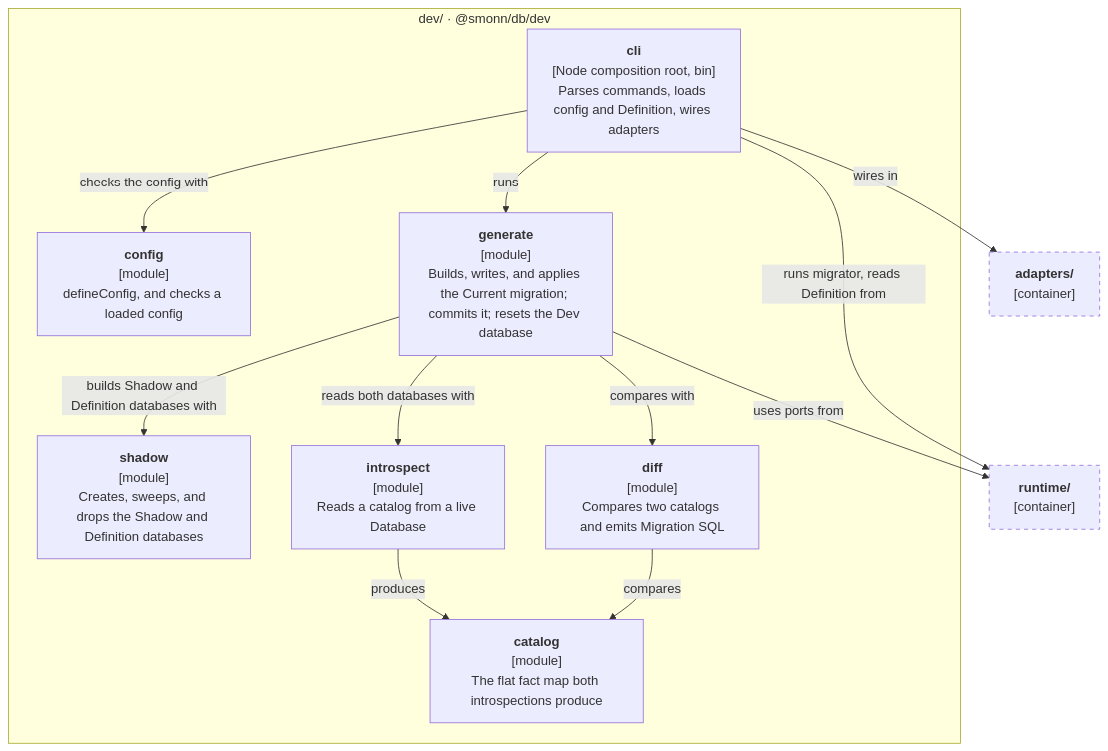
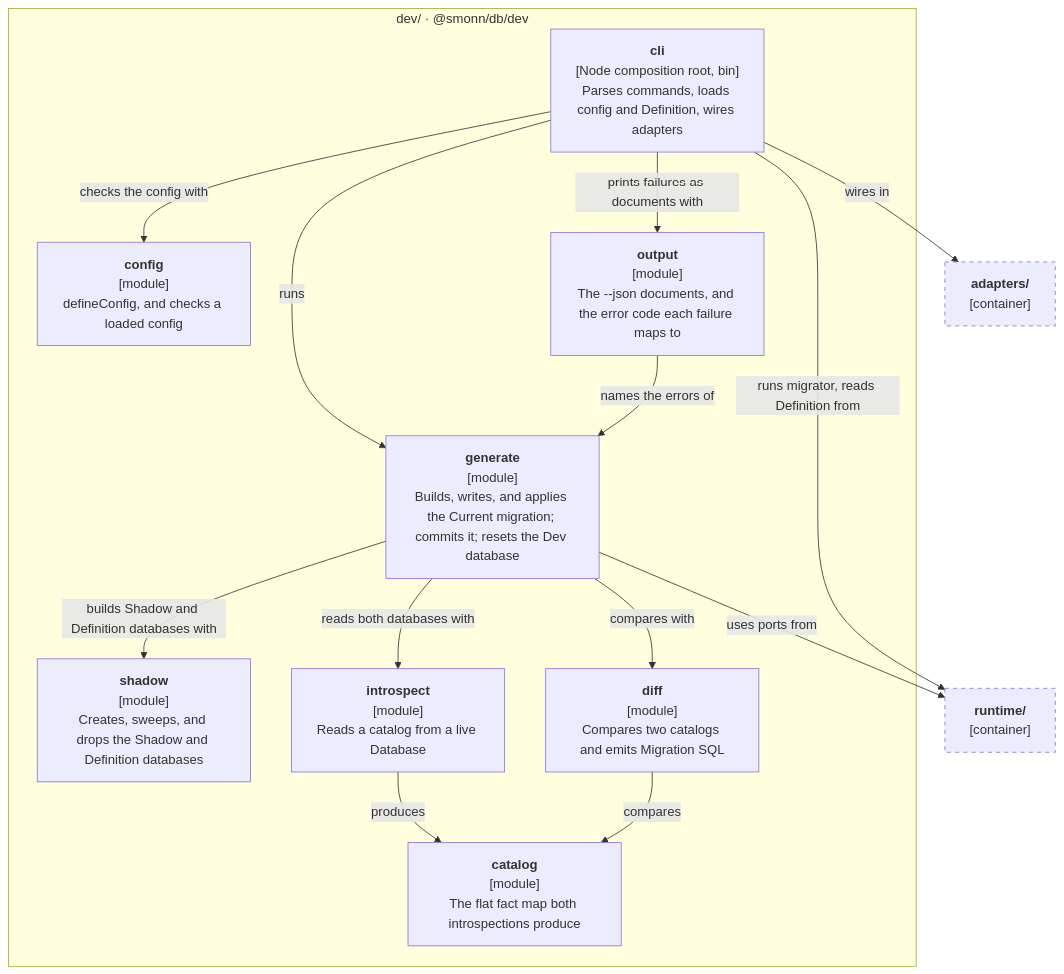
Before and after one commit to smonn/db: the fourth of 4 diagrams in docs/architecture/README.md, drawn with Mermaid. The commit also changed 32 other files, not shown here.

First line of the commit message:
feat(cli): print one JSON document with --json for commit, reset, migrate, verify, and rebase (#789)

````diff
--- a/docs/architecture/README.md
+++ b/docs/architecture/README.md
@@ -93,29 +93,32 @@
 ```mermaid
 flowchart TB
   subgraph dev["dev/ · @smonn/db/dev"]
     cli["<b>cli</b><br/>[Node composition root, bin]<br/>Parses commands, loads config and Definition, wires adapters"]
     config["<b>config</b><br/>[module]<br/>defineConfig, and checks a loaded config"]
     generate["<b>generate</b><br/>[module]<br/>Builds, writes, and applies the Current migration; commits it; resets the Dev database"]
     shadow["<b>shadow</b><br/>[module]<br/>Creates, sweeps, and drops the Shadow and Definition databases"]
     introspect["<b>introspect</b><br/>[module]<br/>Reads a catalog from a live Database"]
     diff["<b>diff</b><br/>[module]<br/>Compares two catalogs and emits Migration SQL"]
     catalog["<b>catalog</b><br/>[module]<br/>The flat fact map both introspections produce"]
+    output["<b>output</b><br/>[module]<br/>The --json documents, and the error code each failure maps to"]
   end
 
   runtime["<b>runtime/</b><br/>[container]"]
   adapters["<b>adapters/</b><br/>[container]"]
 
   cli -- "checks the config with" --> config
   cli -- "runs" --> generate
+  cli -- "prints failures as documents with" --> output
+  output -- "names the errors of" --> generate
   generate -- "builds Shadow and Definition databases with" --> shadow
   generate -- "reads both databases with" --> introspect
   generate -- "compares with" --> diff
   introspect -- "produces" --> catalog
   diff -- "compares" --> catalog
   cli -- "runs migrator, reads Definition from" --> runtime
   generate -- "uses ports from" --> runtime
   cli -- "wires in" --> adapters
 
   classDef external stroke-dasharray: 5 5
   class runtime,adapters external
 ```
````
